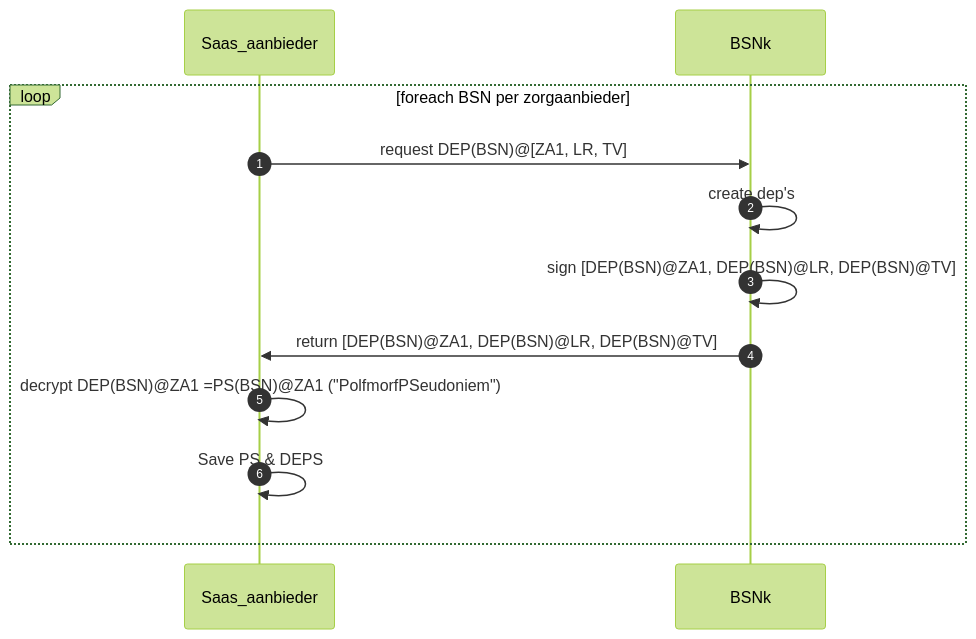
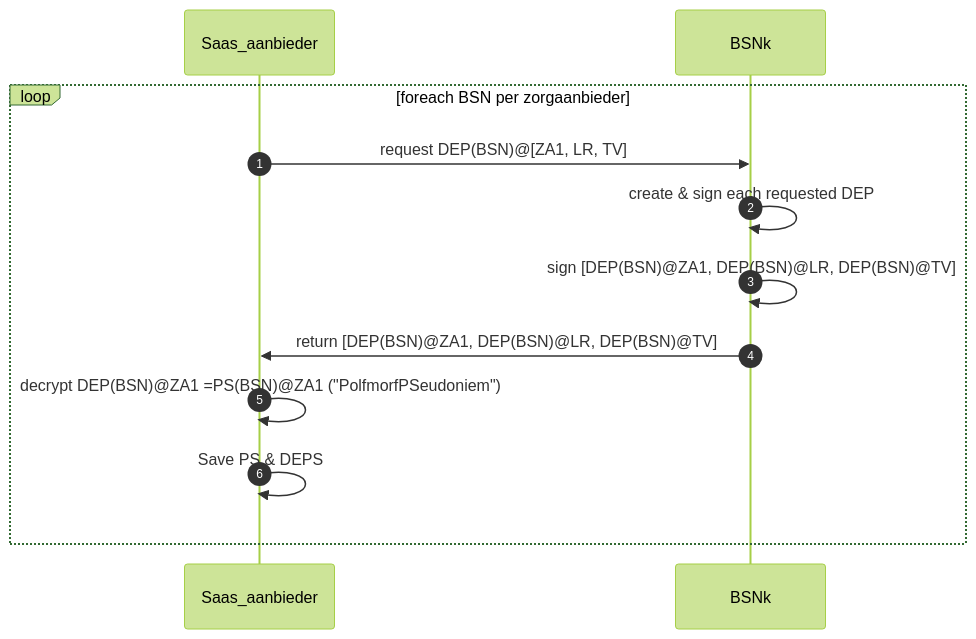
The second of 5 diagrams in architectuur/sequentie-diagrammen.md (minvws/generiekefuncties-lokalisatie), drawn with Mermaid (forest theme) before and after one commit. The commit also changed other lines of this file, not shown here.

````diff
--- a/architectuur/sequentie-diagrammen.md
+++ b/architectuur/sequentie-diagrammen.md
@@ -19,12 +19,12 @@
 ```mermaid
 sequenceDiagram
 autonumber
 loop foreach BSN per zorgaanbieder
   Saas_aanbieder ->> BSNk: request DEP(BSN)@[ZA1, LR, TV]
-  BSNk ->> BSNk: create dep's
+  BSNk ->> BSNk: create & sign each requested DEP
   BSNk ->> BSNk: sign [DEP(BSN)@ZA1, DEP(BSN)@LR, DEP(BSN)@TV]
   BSNk ->> Saas_aanbieder:  return [DEP(BSN)@ZA1, DEP(BSN)@LR, DEP(BSN)@TV]
   Saas_aanbieder ->> Saas_aanbieder:  decrypt DEP(BSN)@ZA1 =PS(BSN)@ZA1 ("PolfmorfPSeudoniem")
   Saas_aanbieder ->> Saas_aanbieder:  Save PS & DEPS
 end
 ```
````
